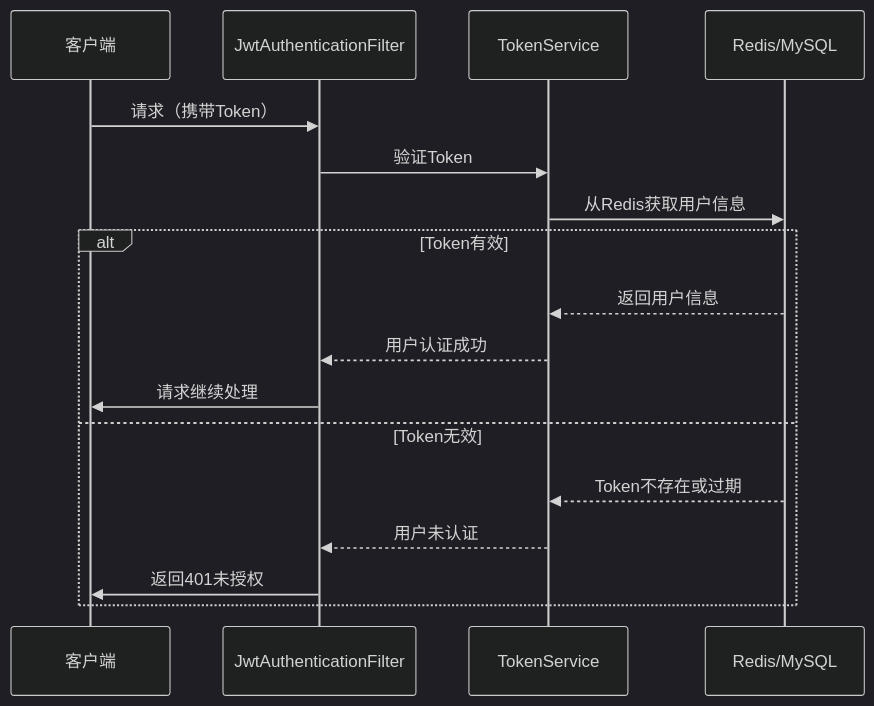
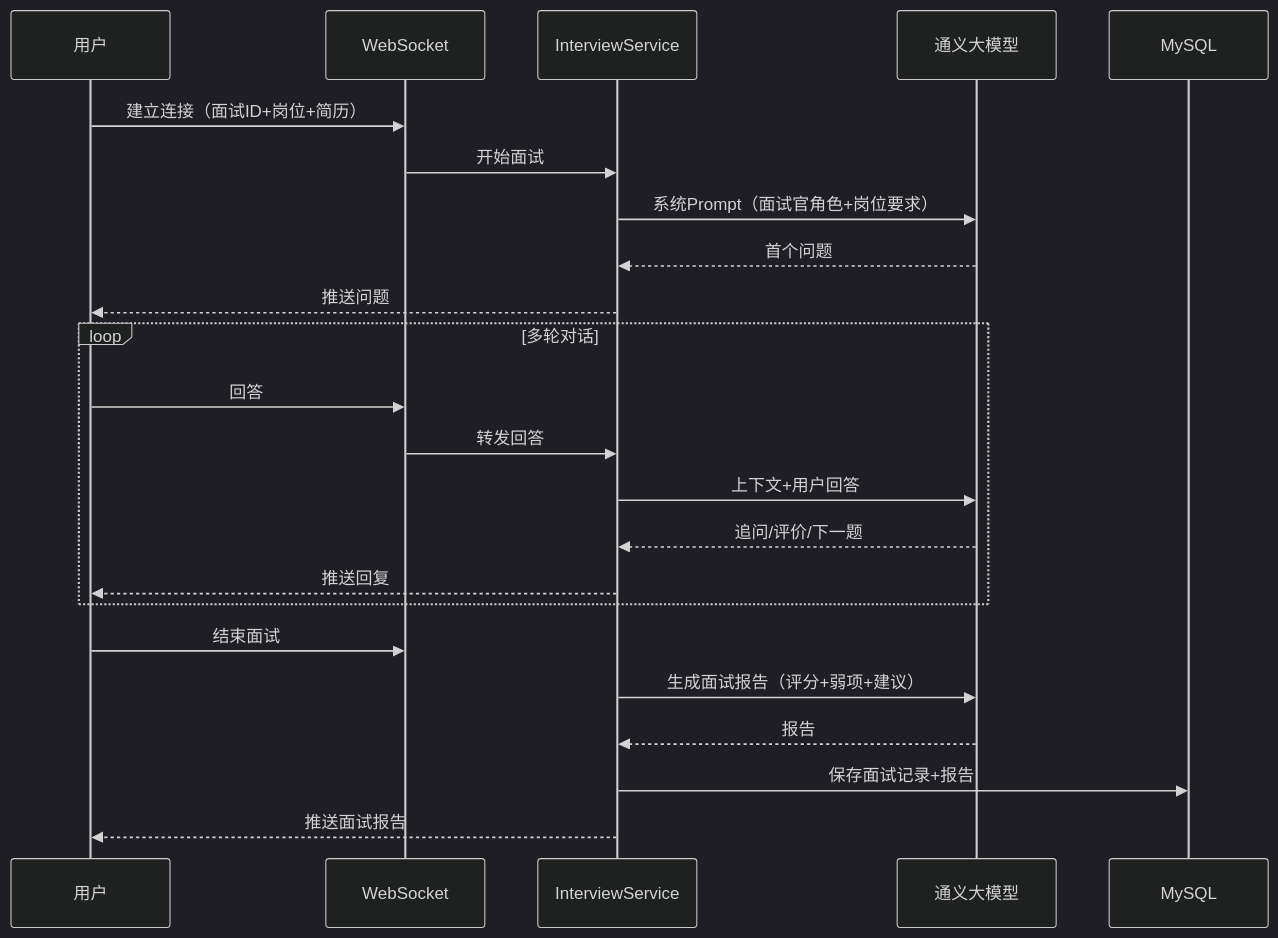
One commit to zyg-allen/moyun-project-document changed the fourth of 4 diagrams in docs/02_技术架构.md. Above: the diagram before and after it, drawn with Mermaid (dark theme). The commit also changed other lines of this file and 58 other files, not shown here.

````diff
--- a/docs/02_技术架构.md
+++ b/docs/02_技术架构.md
@@ -259,20 +265,28 @@
 ```mermaid
 sequenceDiagram
-    participant Client as 客户端
-    participant Filter as JwtAuthenticationFilter
-    participant Service as TokenService
-    participant DB as Redis/MySQL
+    participant U as 用户
+    participant WS as WebSocket
+    participant S as InterviewService
+    participant LLM as 通义大模型
+    participant DB as MySQL
     
-    Client->>Filter: 请求（携带Token）
-    Filter->>Service: 验证Token
-    Service->>DB: 从Redis获取用户信息
-    alt Token有效
-        DB-->>Service: 返回用户信息
-        Service-->>Filter: 用户认证成功
-        Filter->>Client: 请求继续处理
-    else Token无效
-        DB-->>Service: Token不存在或过期
-        Service-->>Filter: 用户未认证
-        Filter->>Client: 返回401未授权
+    U->>WS: 建立连接（面试ID+岗位+简历）
+    WS->>S: 开始面试
+    S->>LLM: 系统Prompt（面试官角色+岗位要求）
+    LLM-->>S: 首个问题
+    S-->>U: 推送问题
+    
+    loop 多轮对话
+        U->>WS: 回答
+        WS->>S: 转发回答
+        S->>LLM: 上下文+用户回答
+        LLM-->>S: 追问/评价/下一题
+        S-->>U: 推送回复
     end
+    
+    U->>WS: 结束面试
+    S->>LLM: 生成面试报告（评分+弱项+建议）
+    LLM-->>S: 报告
+    S->>DB: 保存面试记录+报告
+    S-->>U: 推送面试报告
 ```
````
